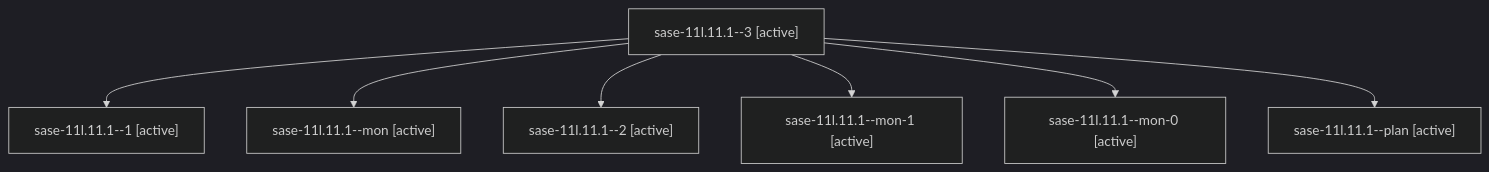
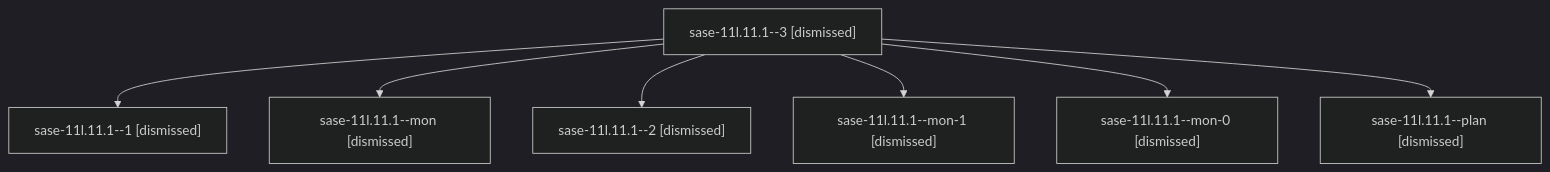
One commit to sase-org/sase--agents changed the diagram in sessions/bbugyi200.athena.sase-11l.11.1.md. Above: the diagram before and after it, drawn with Mermaid (dark theme). The commit also changed other lines of this file and 204 other files, not shown here.

````diff
--- a/sessions/bbugyi200.athena.sase-11l.11.1.md
+++ b/sessions/bbugyi200.athena.sase-11l.11.1.md
@@ -9,16 +9,16 @@
 ```mermaid
 flowchart TD
-  n0["sase-11l.11.1--3 [active]"]
-  n1["sase-11l.11.1--1 [active]"]
+  n0["sase-11l.11.1--3 [dismissed]"]
+  n1["sase-11l.11.1--1 [dismissed]"]
   n0 --> n1
-  n2["sase-11l.11.1--mon [active]"]
+  n2["sase-11l.11.1--mon [dismissed]"]
   n0 --> n2
-  n3["sase-11l.11.1--2 [active]"]
+  n3["sase-11l.11.1--2 [dismissed]"]
   n0 --> n3
-  n4["sase-11l.11.1--mon-1 [active]"]
+  n4["sase-11l.11.1--mon-1 [dismissed]"]
   n0 --> n4
-  n5["sase-11l.11.1--mon-0 [active]"]
+  n5["sase-11l.11.1--mon-0 [dismissed]"]
   n0 --> n5
-  n6["sase-11l.11.1--plan [active]"]
+  n6["sase-11l.11.1--plan [dismissed]"]
   n0 --> n6
 ```
````
